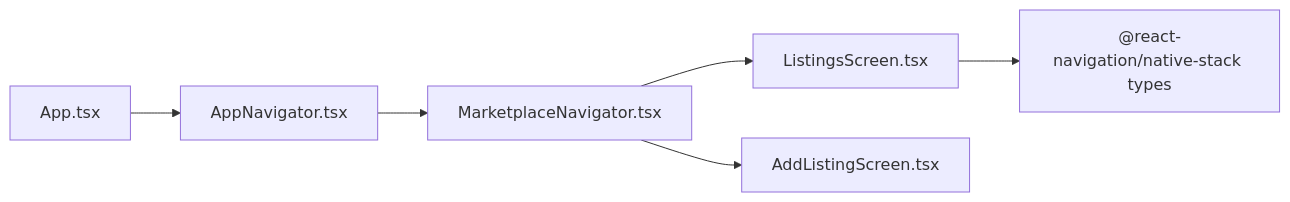
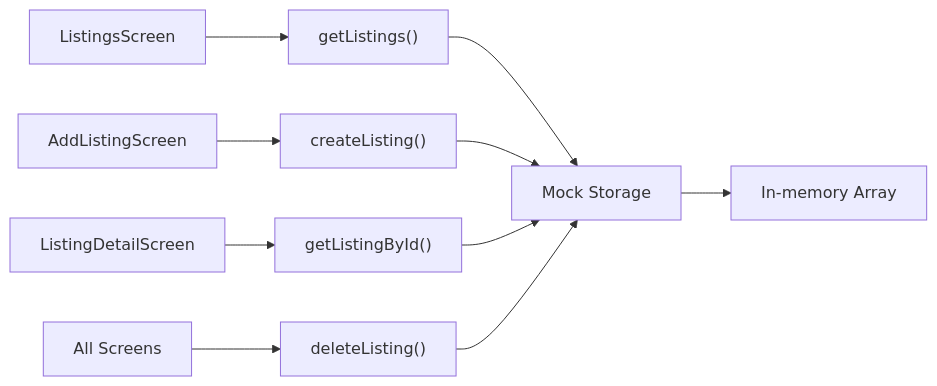
The fourth of 4 diagrams in .qoder/repowiki/en/content/Marketplace Feature/Listings Screen.md (Aiman-Naeem/KisaanDost_AI_hackathon_Pakistan), drawn with Mermaid before and after one commit. The commit also changed other lines of this file and 42 other files, not shown here.

Commit message:
Day 2: farmer identity persistence, voice UX polish, listing detail/edit/call, shared design system, QA pass

````diff
--- a/.qoder/repowiki/en/content/Marketplace Feature/Listings Screen.md
+++ b/.qoder/repowiki/en/content/Marketplace Feature/Listings Screen.md
@@ -194,8 +208,12 @@
 ```mermaid
 graph LR
-Listings["ListingsScreen.tsx"] --> NavTypes["@react-navigation/native-stack types"]
-Marketplace["MarketplaceNavigator.tsx"] --> Listings
-Marketplace --> AddListing["AddListingScreen.tsx"]
-AppNav["AppNavigator.tsx"] --> Marketplace
-AppRoot["App.tsx"] --> AppNav
+A["ListingsScreen"] --> B["getListings()"]
+C["AddListingScreen"] --> D["createListing()"]
+E["ListingDetailScreen"] --> F["getListingById()"]
+G["All Screens"] --> H["deleteListing()"]
+B --> I["Mock Storage"]
+D --> I
+F --> I
+H --> I
+I --> J["In-memory Array"]
 ```
````
